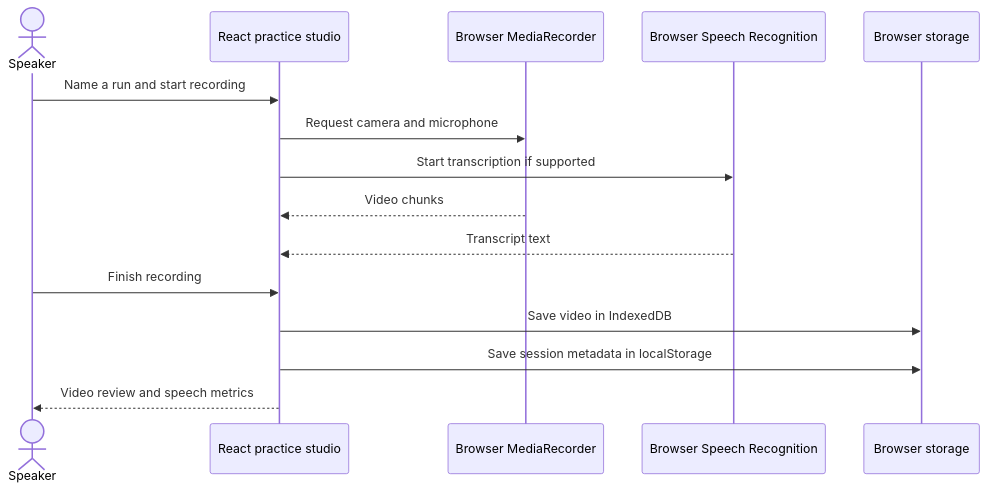
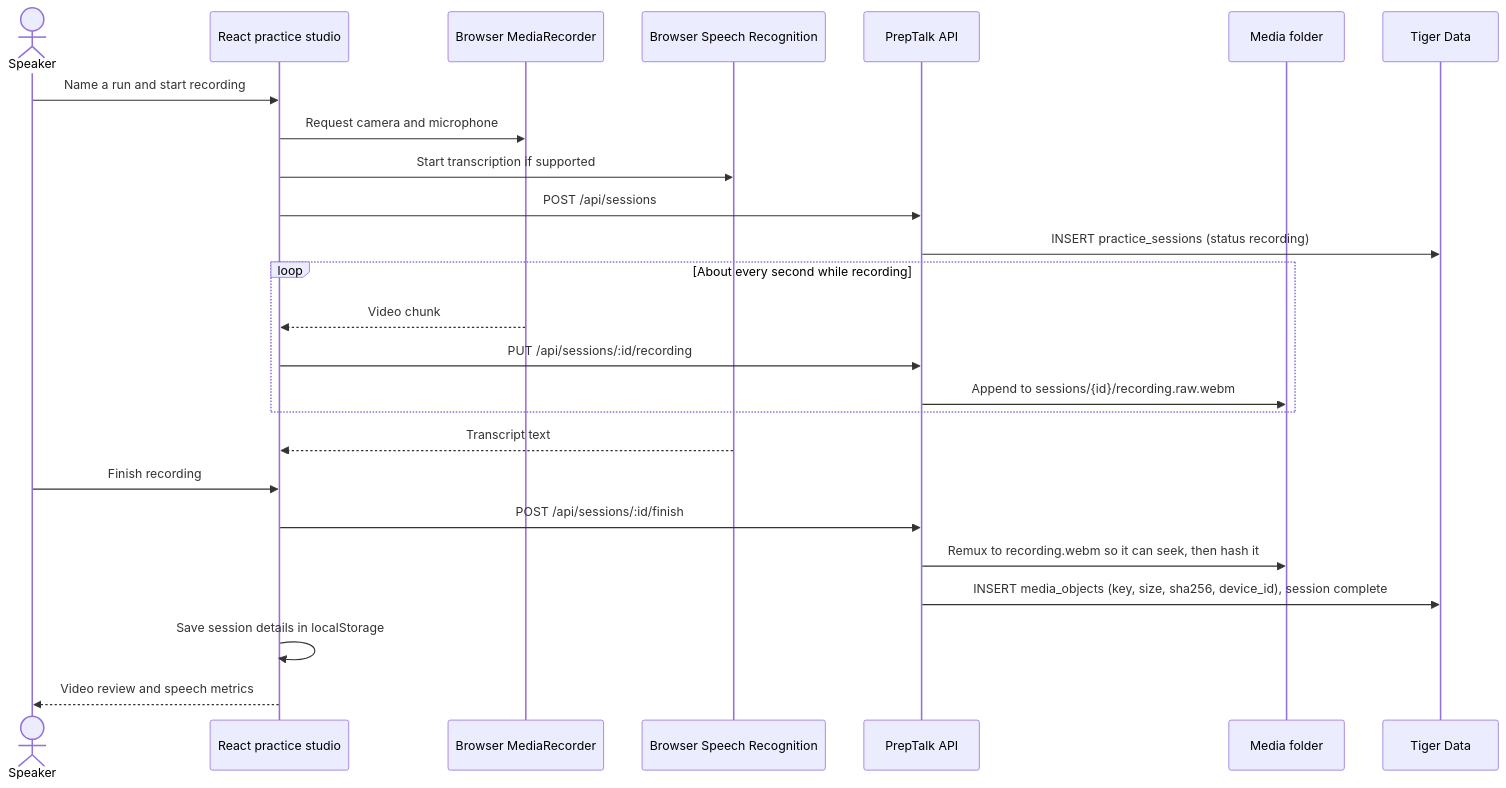
The first of 3 diagrams in README.md (civ19/PepTalk), drawn with Mermaid before and after one commit. The commit also changed other lines of this file and 31 other files, not shown here.

````diff
--- a/README.md
+++ b/README.md
@@ -20,17 +22,27 @@
 ```mermaid
 sequenceDiagram
     actor Speaker
     participant UI as React practice studio
     participant Media as Browser MediaRecorder
     participant Speech as Browser Speech Recognition
-    participant Store as Browser storage
+    participant API as PrepTalk API
+    participant Folder as Media folder
+    participant Tiger as Tiger Data
     Speaker->>UI: Name a run and start recording
     UI->>Media: Request camera and microphone
     UI->>Speech: Start transcription if supported
-    Media-->>UI: Video chunks
+    UI->>API: POST /api/sessions
+    API->>Tiger: INSERT practice_sessions (status recording)
+    loop About every second while recording
+        Media-->>UI: Video chunk
+        UI->>API: PUT /api/sessions/:id/recording
+        API->>Folder: Append to sessions/{id}/recording.raw.webm
+    end
     Speech-->>UI: Transcript text
     Speaker->>UI: Finish recording
-    UI->>Store: Save video in IndexedDB
-    UI->>Store: Save session metadata in localStorage
+    UI->>API: POST /api/sessions/:id/finish
+    API->>Folder: Remux to recording.webm so it can seek, then hash it
+    API->>Tiger: INSERT media_objects (key, size, sha256, device_id), session complete
+    UI->>UI: Save session details in localStorage
     UI-->>Speaker: Video review and speech metrics
 ```
````
